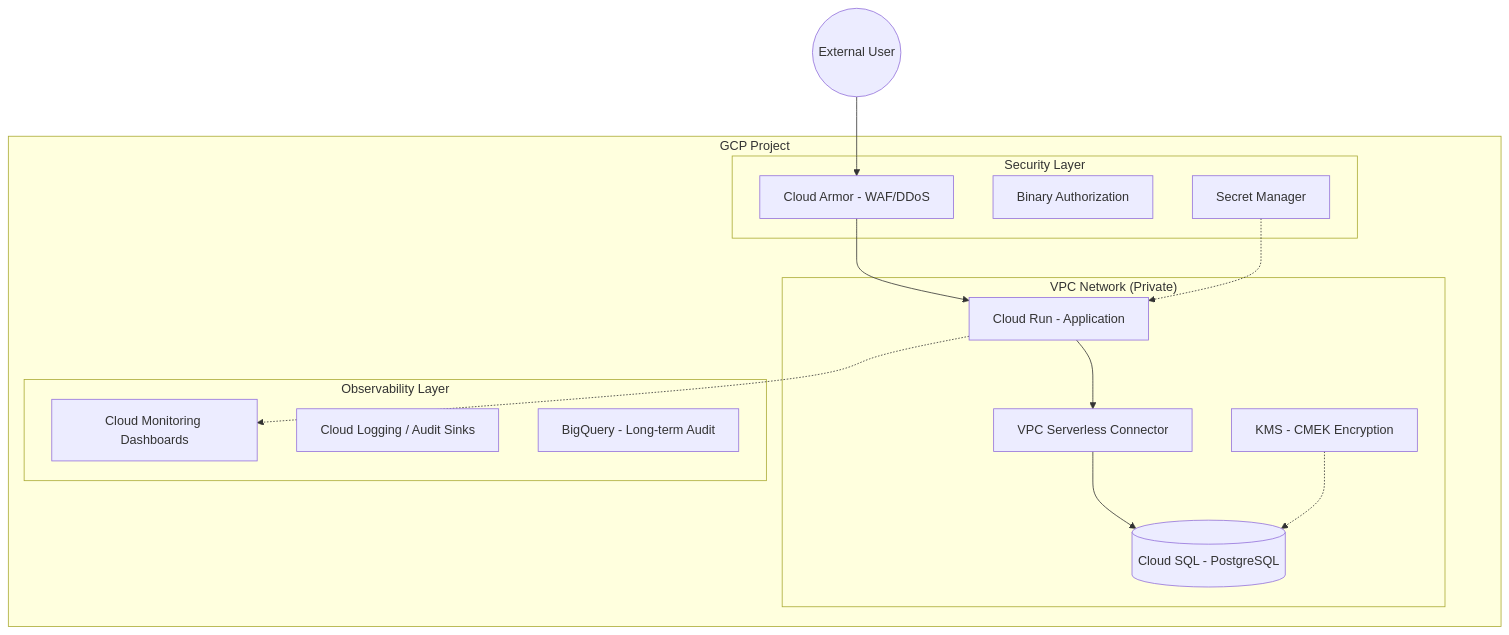
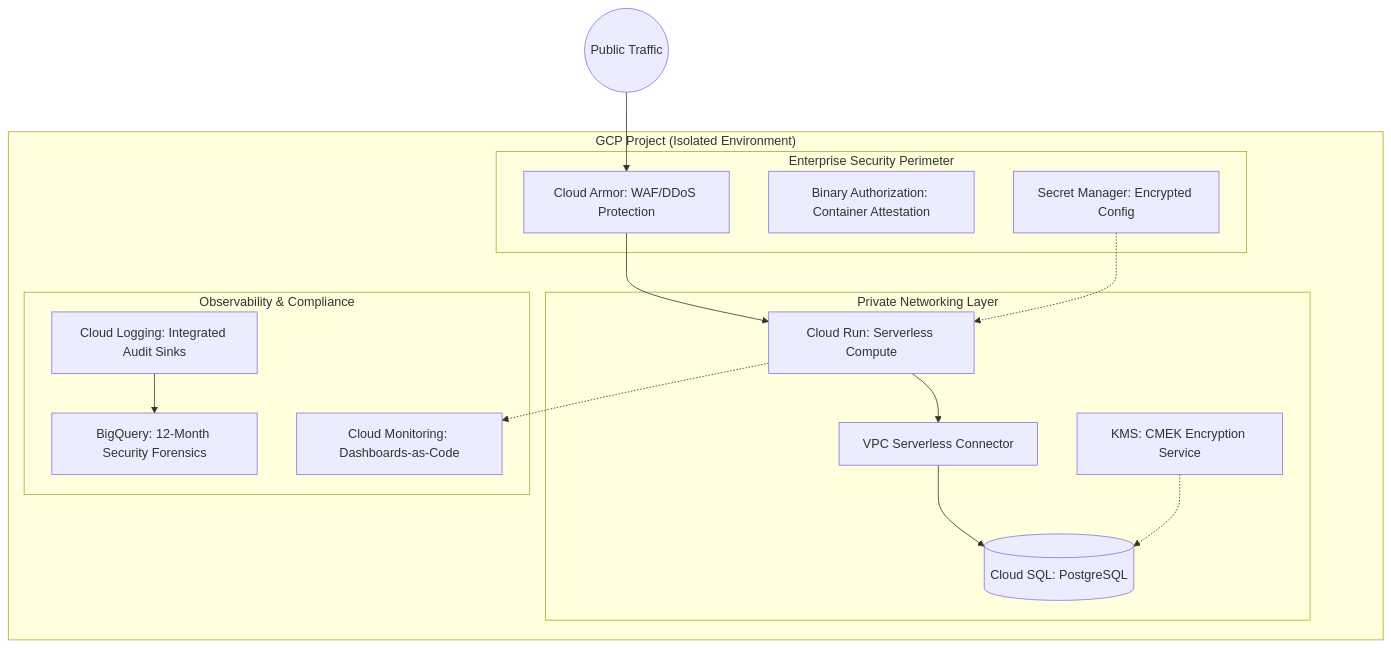
Before and after one commit to clyvecute/keystone: the diagram in README.md, drawn with Mermaid. The commit also changed other lines of this file, not shown here.

````diff
--- a/README.md
+++ b/README.md
@@ -27,31 +44,32 @@
 ```mermaid
 graph TD
-    subgraph "GCP Project"
-        subgraph "VPC Network (Private)"
-            CR[Cloud Run - Application]
+    subgraph "GCP Project (Isolated Environment)"
+        subgraph "Private Networking Layer"
+            CR[Cloud Run: Serverless Compute]
             VPC_CONN[VPC Serverless Connector]
-            DB[(Cloud SQL - PostgreSQL)]
-            KMS[KMS - CMEK Encryption]
+            DB[(Cloud SQL: PostgreSQL)]
+            KMS[KMS: CMEK Encryption Service]
         end
         
-        subgraph "Security Layer"
-            CA[Cloud Armor - WAF/DDoS]
-            BA[Binary Authorization]
-            SM[Secret Manager]
+        subgraph "Enterprise Security Perimeter"
+            CA[Cloud Armor: WAF/DDoS Protection]
+            BA[Binary Authorization: Container Attestation]
+            SM[Secret Manager: Encrypted Config]
         end
         
-        subgraph "Observability Layer"
-            MON[Cloud Monitoring Dashboards]
-            LOG[Cloud Logging / Audit Sinks]
-            BQ[BigQuery - Long-term Audit]
+        subgraph "Observability & Compliance"
+            MON[Cloud Monitoring: Dashboards-as-Code]
+            LOG[Cloud Logging: Integrated Audit Sinks]
+            BQ[BigQuery: 12-Month Security Forensics]
         end
     end
     
-    User((External User)) --> CA
+    User((Public Traffic)) --> CA
     CA --> CR
     CR --> VPC_CONN
     VPC_CONN --> DB
     SM -.-> CR
     KMS -.-> DB
     CR -.-> MON
+    LOG --> BQ
 ```
````
